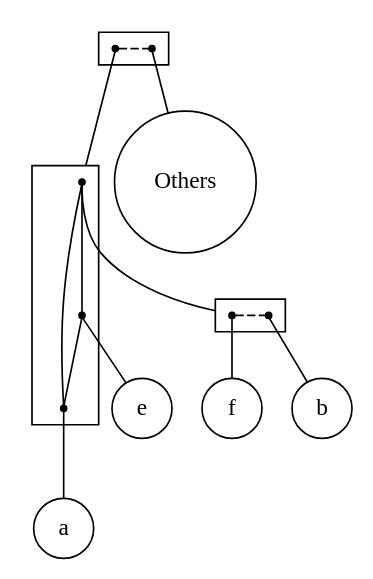
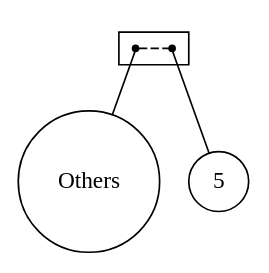
One commit to lrodrin/TFG changed the diagram in src/extension/plain_2-structure.dot. Above: the diagram before and after it, drawn with Graphviz. The commit also changed 12 other files, not shown here.

```diff
--- a/src/extension/plain_2-structure.dot
+++ b/src/extension/plain_2-structure.dot
@@ -1,38 +1,17 @@
 strict digraph "plain_2-structure" {
 compound=true;
 fontname=Verdana;
 fontsize=12;
 newrank=true;
 node [shape=circle];
 Others;
-e;
-a;
-f;
-b;
-subgraph cluster_ebOthersfa {
+5;
+subgraph cluster_5Others {
 rank=same;
 node [shape=point];
-s_feab -> s_Others  [arrowhead=none, color=black, style=dashed];
+s_Others -> s_5  [arrowhead=none, color=black, style=dashed];
 }
 
-subgraph cluster_feab {
-node [shape=point];
-s_fb -> s_e  [arrowhead=none, color=black, style=solid];
-s_fb -> s_a  [arrowhead=none, color=black, style=solid];
-s_e -> s_a  [arrowhead=none, color=black, style=solid];
+s_Others -> Others  [arrowhead=none];
+s_5 -> 5  [arrowhead=none];
 }
-
-subgraph cluster_fb {
-rank=same;
-node [shape=point];
-s_f -> s_b  [arrowhead=none, color=black, style=dashed];
-}
-
-s_feab -> s_fb  [arrowhead=none, lhead=cluster_feab];
-s_Others -> Others  [arrowhead=none];
-s_fb -> s_f  [arrowhead=none, lhead=cluster_fb];
-s_e -> e  [arrowhead=none];
-s_a -> a  [arrowhead=none];
-s_f -> f  [arrowhead=none];
-s_b -> b  [arrowhead=none];
-}
```
